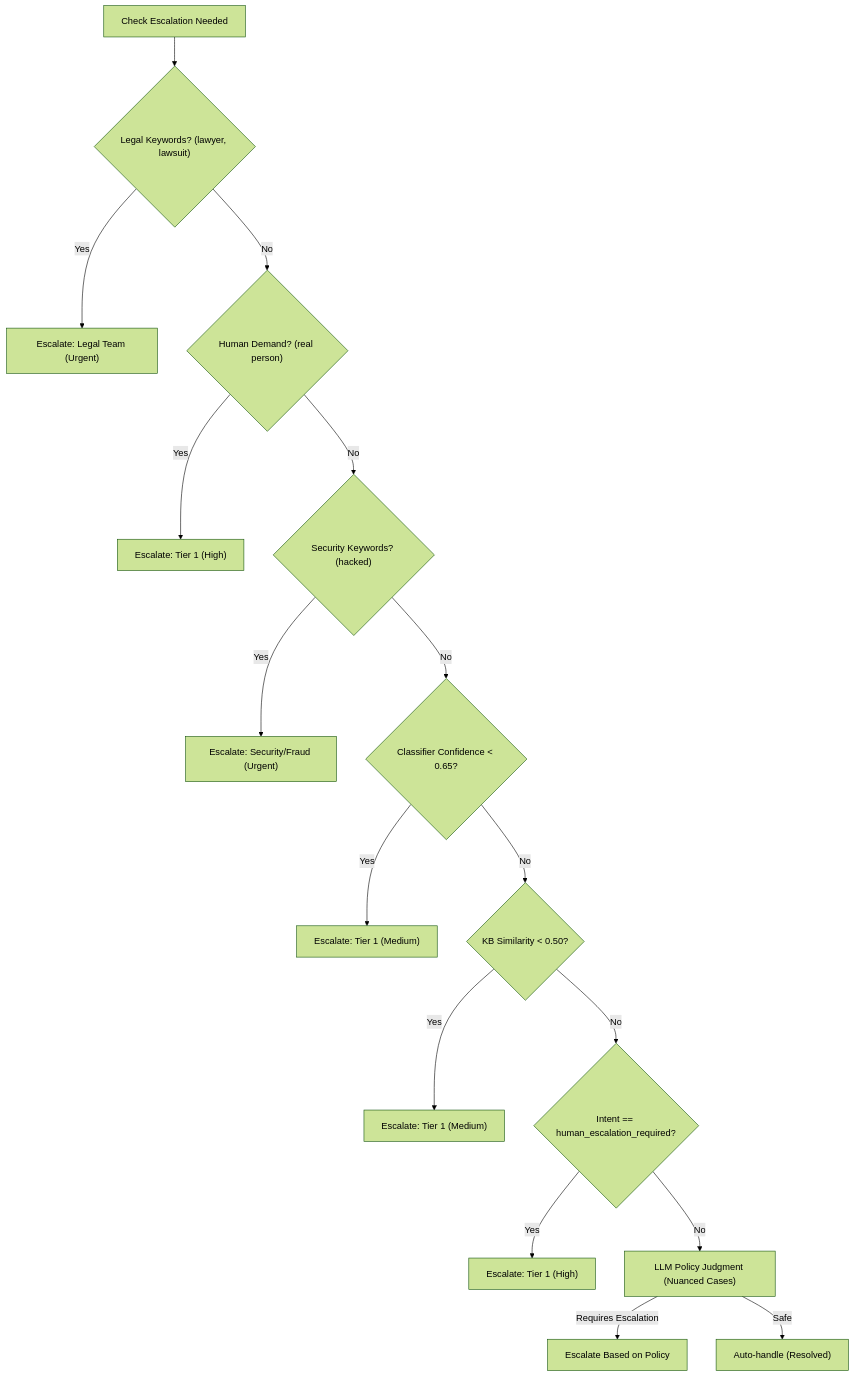
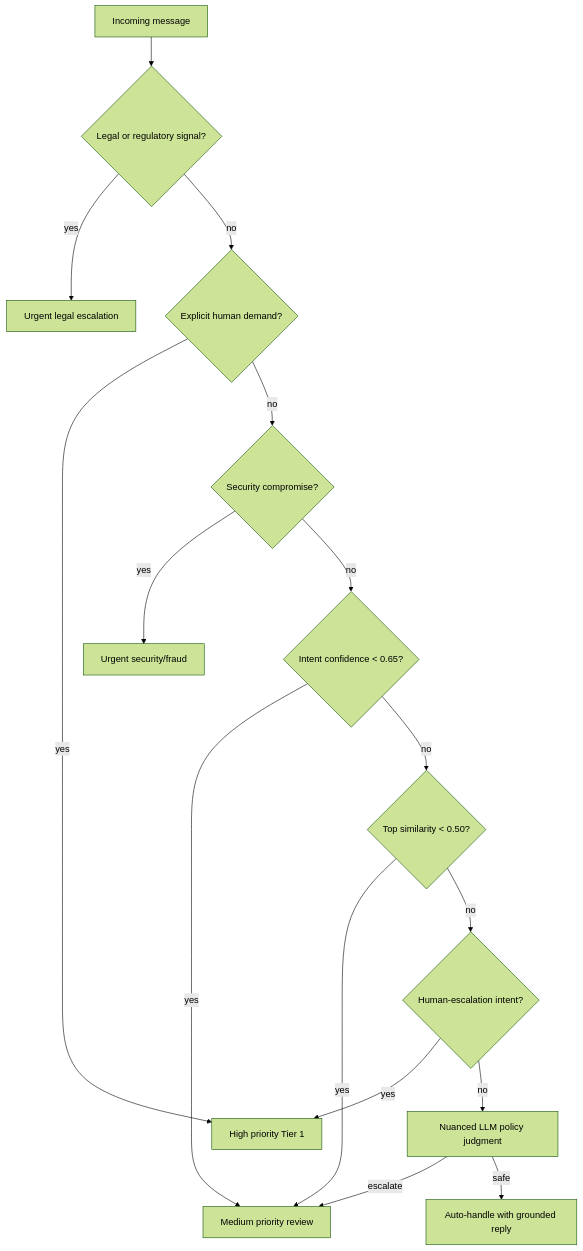
Before and after one commit to AdrishKarak/support-agent: the fourth of 6 diagrams in Diagram.md, drawn with Mermaid (forest theme). The commit also changed other lines of this file and 21 other files, not shown here.

````diff
--- a/Diagram.md
+++ b/Diagram.md
@@ -159,24 +52,18 @@
 ```mermaid
 flowchart TD
-    Start["Check Escalation Needed"] --> CheckLegal{"Legal Keywords? (lawyer, lawsuit)"}
-    CheckLegal -->|Yes| EscLegal["Escalate: Legal Team (Urgent)"]
-    
-    CheckLegal -->|No| CheckHuman{"Human Demand? (real person)"}
-    CheckHuman -->|Yes| EscTier1High["Escalate: Tier 1 (High)"]
-    
-    CheckHuman -->|No| CheckSec{"Security Keywords? (hacked)"}
-    CheckSec -->|Yes| EscSec["Escalate: Security/Fraud (Urgent)"]
-    
-    CheckSec -->|No| CheckConf{"Classifier Confidence < 0.65?"}
-    CheckConf -->|Yes| EscTier1Med1["Escalate: Tier 1 (Medium)"]
-    
-    CheckConf -->|No| CheckSim{"KB Similarity < 0.50?"}
-    CheckSim -->|Yes| EscTier1Med2["Escalate: Tier 1 (Medium)"]
-    
-    CheckSim -->|No| CheckIntent{"Intent == human_escalation_required?"}
-    CheckIntent -->|Yes| EscTier1High2["Escalate: Tier 1 (High)"]
-    
-    CheckIntent -->|No| LLMPolicy["LLM Policy Judgment (Nuanced Cases)"]
-    LLMPolicy -->|Requires Escalation| EscLLM["Escalate Based on Policy"]
-    LLMPolicy -->|Safe| AutoHandle["Auto-handle (Resolved)"]
+    Start[Incoming message] --> Legal{Legal or regulatory signal?}
+    Legal -->|yes| UrgentLegal[Urgent legal escalation]
+    Legal -->|no| Human{Explicit human demand?}
+    Human -->|yes| Tier1[High priority Tier 1]
+    Human -->|no| Security{Security compromise?}
+    Security -->|yes| Fraud[Urgent security/fraud]
+    Security -->|no| Confidence{Intent confidence < 0.65?}
+    Confidence -->|yes| Review[Medium priority review]
+    Confidence -->|no| Similarity{Top similarity < 0.50?}
+    Similarity -->|yes| Review
+    Similarity -->|no| Intent{Human-escalation intent?}
+    Intent -->|yes| Tier1
+    Intent -->|no| LLM[Nuanced LLM policy judgment]
+    LLM -->|escalate| Review
+    LLM -->|safe| Handle[Auto-handle with grounded reply]
 ```
````
